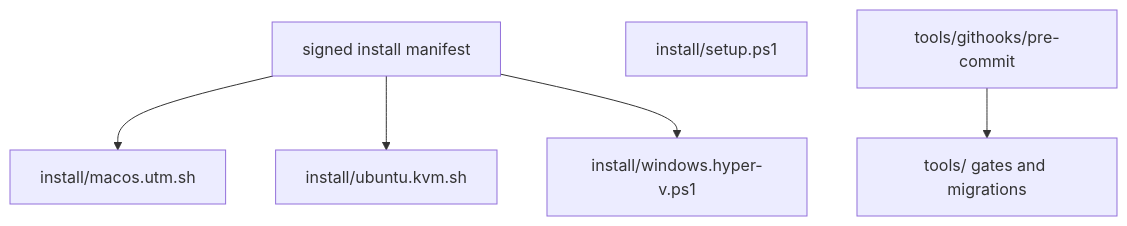
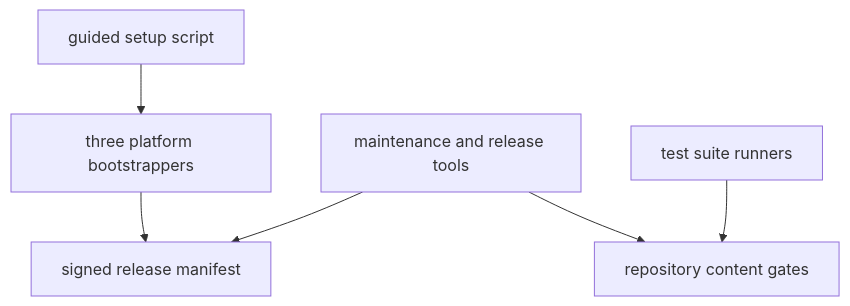
Before and after one commit to alissonsol/yuruna: the fifth of 7 diagrams in docs/design/02-component-breakdown.md, drawn with Mermaid. The commit also changed other lines of this file and 752 other files, not shown here.

````diff
--- a/docs/design/02-component-breakdown.md
+++ b/docs/design/02-component-breakdown.md
@@ -510,15 +469,15 @@
 ```mermaid
 flowchart TD
-    macos-utm-sh["install/macos.utm.sh"]
-    ubuntu-kvm-sh["install/ubuntu.kvm.sh"]
-    windows-hyper-v-ps1["install/windows.hyper-v.ps1"]
-    signed-manifest["signed install manifest"]
-    setup-ps1["install/setup.ps1"]
-    repo-gates["tools/ gates and migrations"]
-    pre-commit["tools/githooks/pre-commit"]
+    platform-bootstrappers["three platform bootstrappers"]
+    guided-setup["guided setup script"]
+    release-manifest["signed release manifest"]
+    repo-gates["repository content gates"]
+    suite-runners["test suite runners"]
+    maintenance-tools["maintenance and release tools"]
 
-    signed-manifest --> macos-utm-sh
-    signed-manifest --> ubuntu-kvm-sh
-    signed-manifest --> windows-hyper-v-ps1
-    pre-commit --> repo-gates
+    platform-bootstrappers --> release-manifest
+    guided-setup --> platform-bootstrappers
+    maintenance-tools --> release-manifest
+    maintenance-tools --> repo-gates
+    suite-runners --> repo-gates
 ```
````
